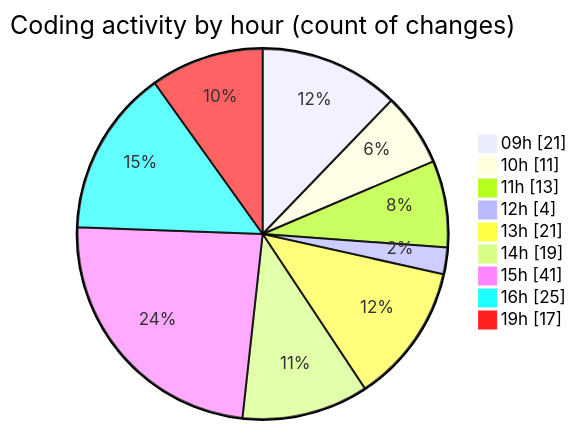
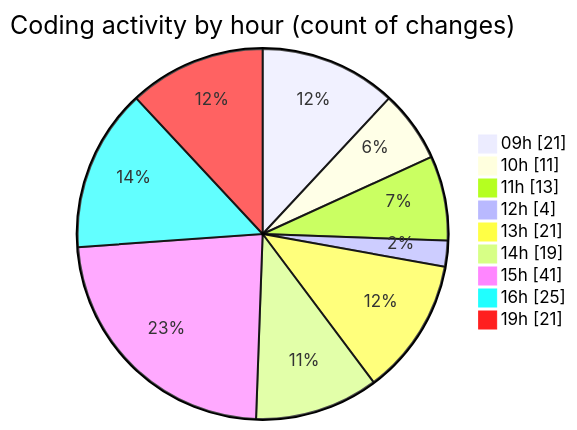
Before and after one commit to momahboobian/code-tracking: the second of 2 diagrams in 2026-06-01/cda/README.md, drawn with Mermaid. The commit also changed other lines of this file and 1 other file, not shown here.

````diff
--- a/2026-06-01/cda/README.md
+++ b/2026-06-01/cda/README.md
@@ -91,13 +91,13 @@
 ```mermaid
 pie showData
 title Coding activity by hour (count of changes)
 "09h" : 21
 "10h" : 11
 "11h" : 13
 "12h" : 4
 "13h" : 21
 "14h" : 19
 "15h" : 41
 "16h" : 25
-"19h" : 17
+"19h" : 21
 ```
````
